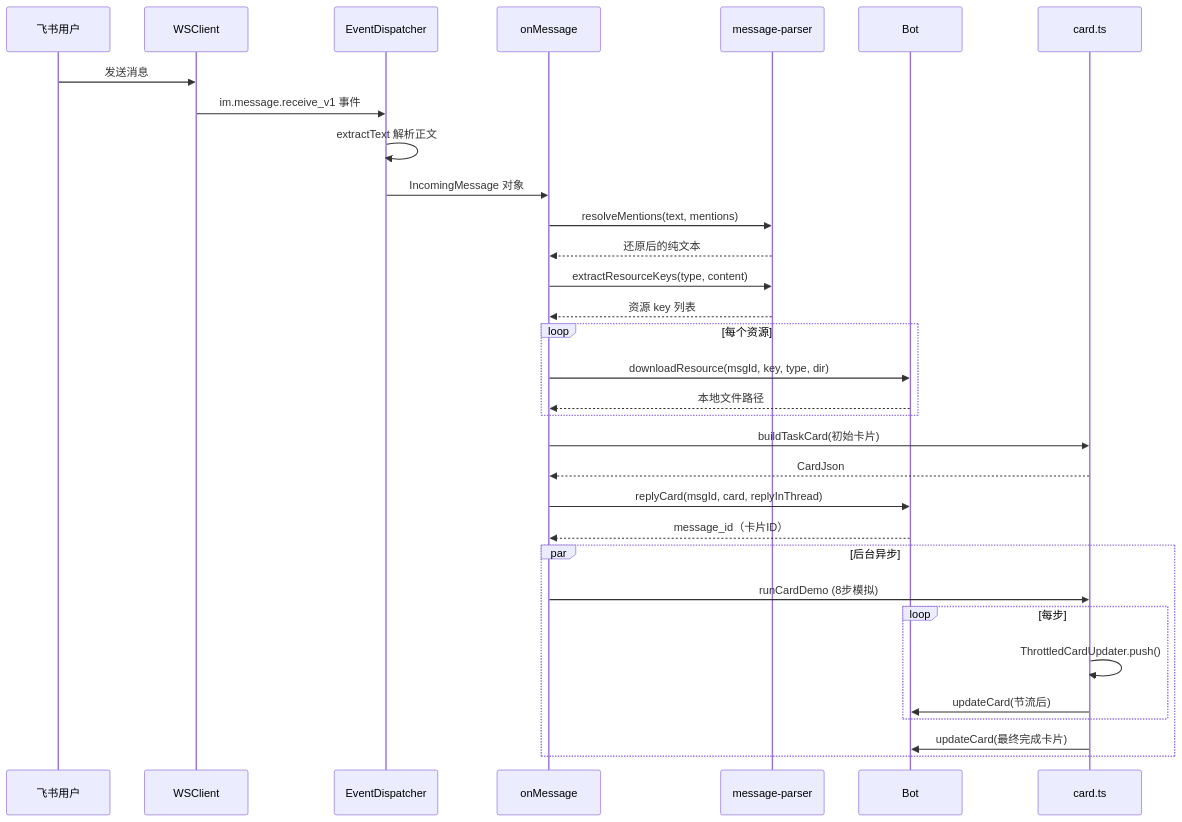
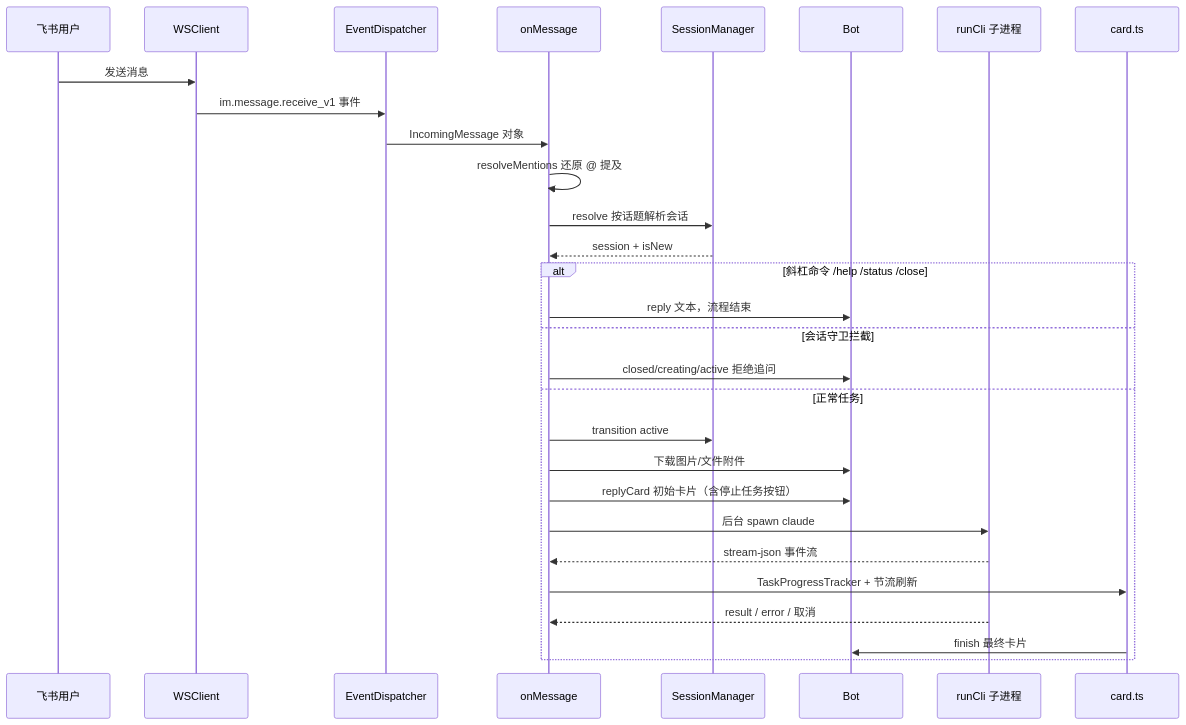
The first of 2 diagrams in openwiki/workflows/message-flow.md (CerrorJ/Agent-Team), drawn with Mermaid before and after one commit. The commit also changed other lines of this file and 12 other files, not shown here.

````diff
--- a/openwiki/workflows/message-flow.md
+++ b/openwiki/workflows/message-flow.md
@@ -14,38 +14,32 @@
 ```mermaid
 sequenceDiagram
     participant User as 飞书用户
     participant WS as WSClient
     participant Disp as EventDispatcher
     participant CB as onMessage
-    participant Parser as message-parser
+    participant SM as SessionManager
     participant Bot as Bot
+    participant Run as runCli 子进程
     participant Card as card.ts
 
     User->>WS: 发送消息
     WS->>Disp: im.message.receive_v1 事件
-    Disp->>Disp: extractText 解析正文
     Disp->>CB: IncomingMessage 对象
-    CB->>Parser: resolveMentions(text, mentions)
-    Parser-->>CB: 还原后的纯文本
-    CB->>Parser: extractResourceKeys(type, content)
-    Parser-->>CB: 资源 key 列表
-
-    loop 每个资源
-        CB->>Bot: downloadResource(msgId, key, type, dir)
-        Bot-->>CB: 本地文件路径
-    end
-
-    CB->>Card: buildTaskCard(初始卡片)
-    Card-->>CB: CardJson
-    CB->>Bot: replyCard(msgId, card, replyInThread)
-    Bot-->>CB: message_id（卡片ID）
-
-    par 后台异步
-        CB->>Card: runCardDemo (8步模拟)
-        loop 每步
-            Card->>Card: ThrottledCardUpdater.push()
-            Card->>Bot: updateCard(节流后)
-        end
-        Card->>Bot: updateCard(最终完成卡片)
+    CB->>CB: resolveMentions 还原 @ 提及
+    CB->>SM: resolve 按话题解析会话
+    SM-->>CB: session + isNew
+    alt 斜杠命令 /help /status /close
+        CB->>Bot: reply 文本，流程结束
+    else 会话守卫拦截
+        CB->>Bot: closed/creating/active 拒绝追问
+    else 正常任务
+        CB->>SM: transition active
+        CB->>Bot: 下载图片/文件附件
+        CB->>Bot: replyCard 初始卡片（含停止任务按钮）
+        CB->>Run: 后台 spawn claude
+        Run-->>CB: stream-json 事件流
+        CB->>Card: TaskProgressTracker + 节流刷新
+        Run-->>CB: result / error / 取消
+        Card->>Bot: finish 最终卡片
     end
 ```
````
